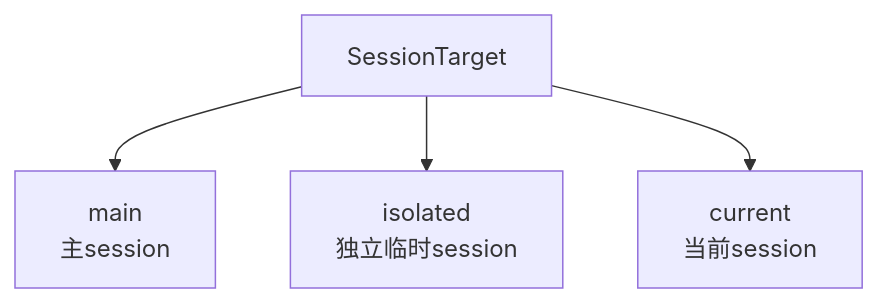
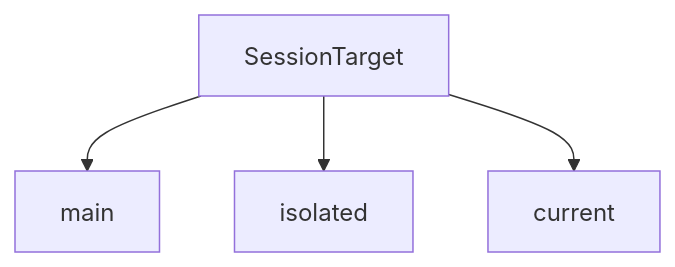
One commit to HardySimpson/blog changed the second of 5 diagrams in _posts/2026-04-14-openclaw-binding-peer-channel-agent.md. Above: the diagram before and after it, drawn with Mermaid. The commit also changed other lines of this file, not shown here.

Commit message:
Fix Mermaid: 移除 HTML 标签，兼容 GitHub 渲染

````diff
--- a/_posts/2026-04-14-openclaw-binding-peer-channel-agent.md
+++ b/_posts/2026-04-14-openclaw-binding-peer-channel-agent.md
@@ -107,6 +103,6 @@
 ```mermaid
 flowchart TD
-    A[SessionTarget] --> B[main<br>主session]
-    A --> C[isolated<br>独立临时session]
-    A --> D[current<br>当前session]
+    A[SessionTarget] --> B[main]
+    A --> C[isolated]
+    A --> D[current]
 ```
````
